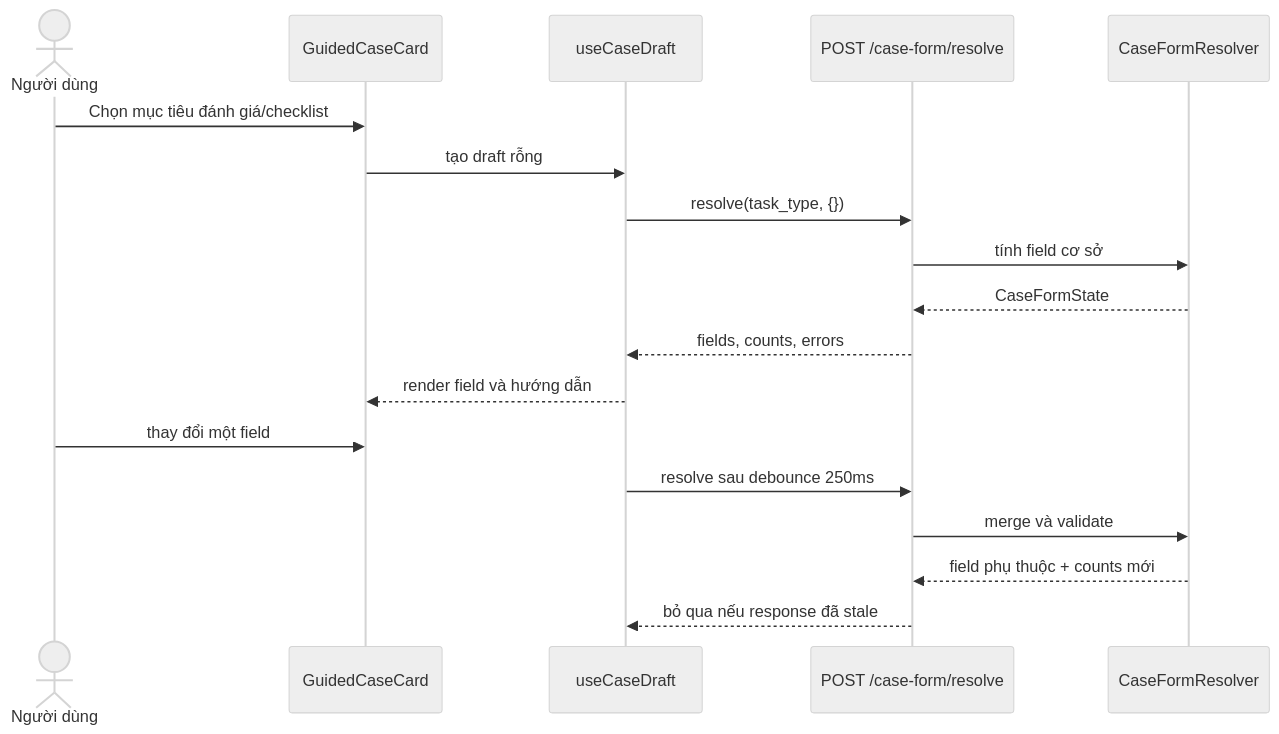
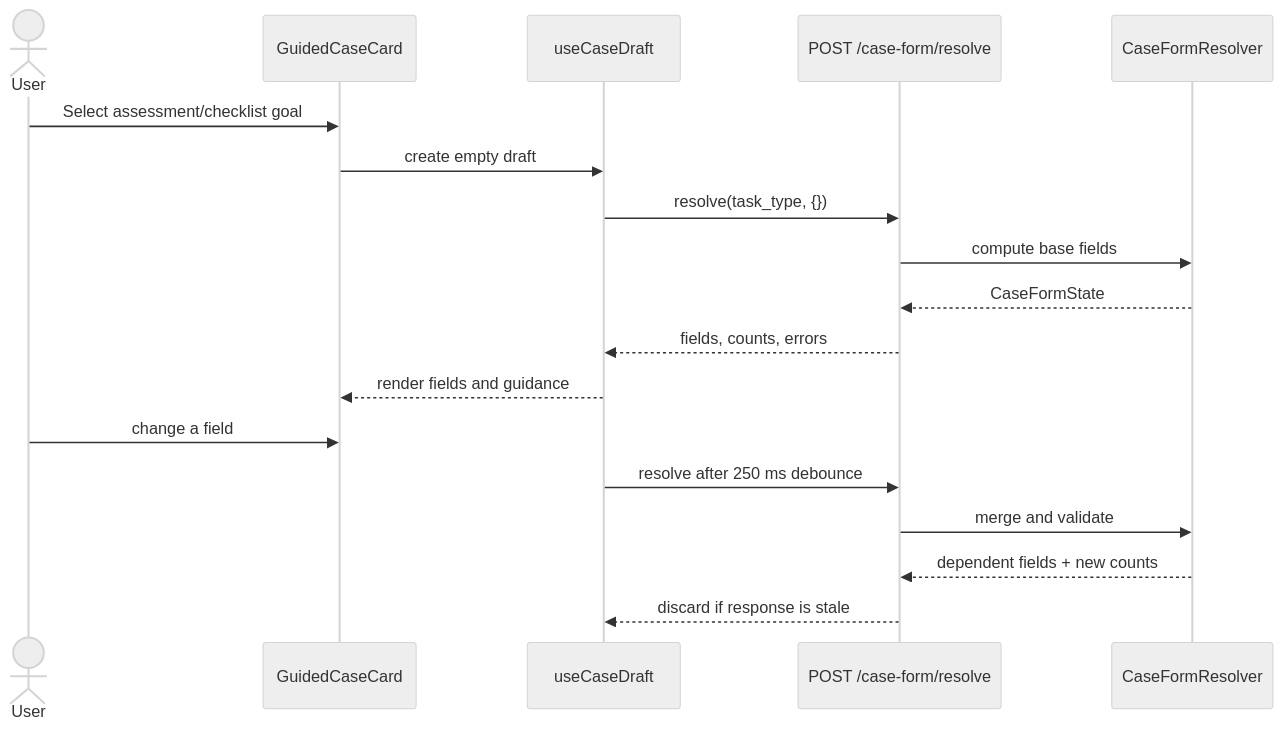
Before and after one commit to taitran501/vietnam-legal-agent: the first of 4 diagrams in docs/architecture/guided-user-flows.md, drawn with Mermaid (neutral theme). The commit also changed other lines of this file and 28 other files, not shown here.

````diff
--- a/docs/architecture/guided-user-flows.md
+++ b/docs/architecture/guided-user-flows.md
@@ -16,21 +20,21 @@
 ```mermaid
 sequenceDiagram
-    actor User as Người dùng
+    actor User as User
     participant UI as GuidedCaseCard
     participant Draft as useCaseDraft
     participant API as POST /case-form/resolve
     participant Resolver as CaseFormResolver
 
-    User->>UI: Chọn mục tiêu đánh giá/checklist
-    UI->>Draft: tạo draft rỗng
+    User->>UI: Select assessment/checklist goal
+    UI->>Draft: create empty draft
     Draft->>API: resolve(task_type, {})
-    API->>Resolver: tính field cơ sở
+    API->>Resolver: compute base fields
     Resolver-->>API: CaseFormState
     API-->>Draft: fields, counts, errors
-    Draft-->>UI: render field và hướng dẫn
-    User->>UI: thay đổi một field
-    Draft->>API: resolve sau debounce 250ms
-    API->>Resolver: merge và validate
-    Resolver-->>API: field phụ thuộc + counts mới
-    API-->>Draft: bỏ qua nếu response đã stale
+    Draft-->>UI: render fields and guidance
+    User->>UI: change a field
+    Draft->>API: resolve after 250 ms debounce
+    API->>Resolver: merge and validate
+    Resolver-->>API: dependent fields + new counts
+    API-->>Draft: discard if response is stale
 ```
````
